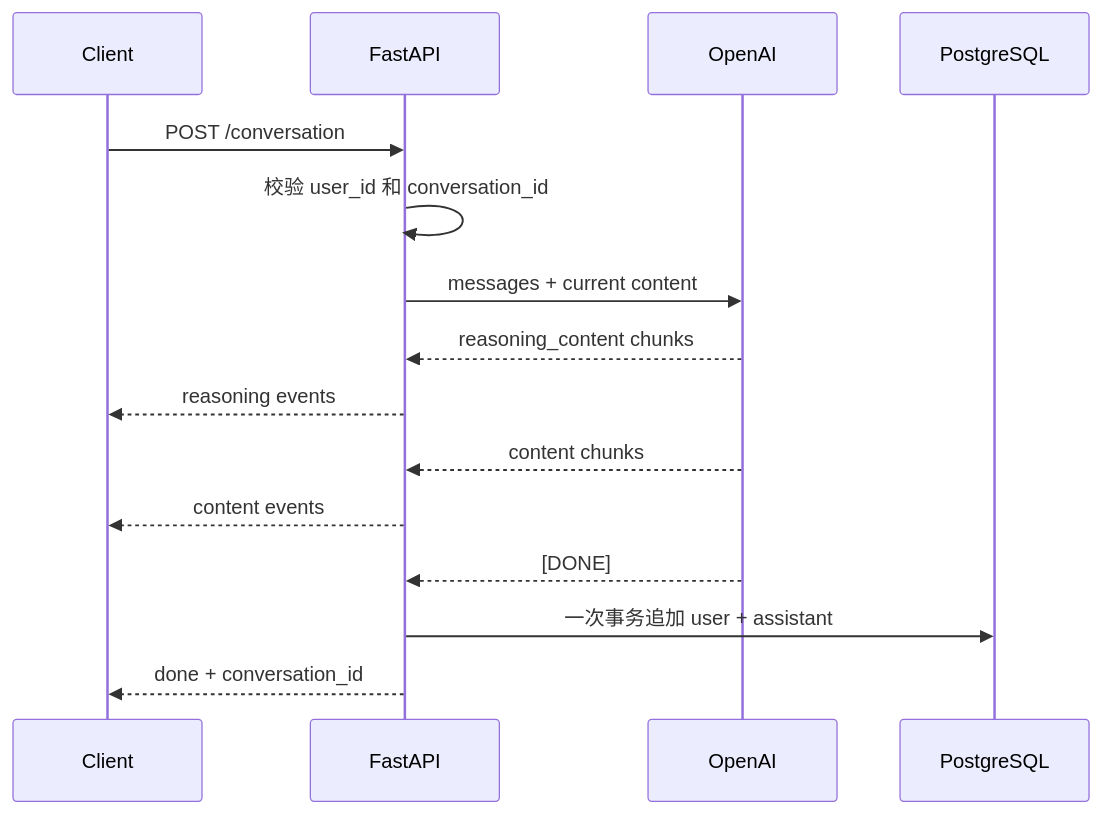
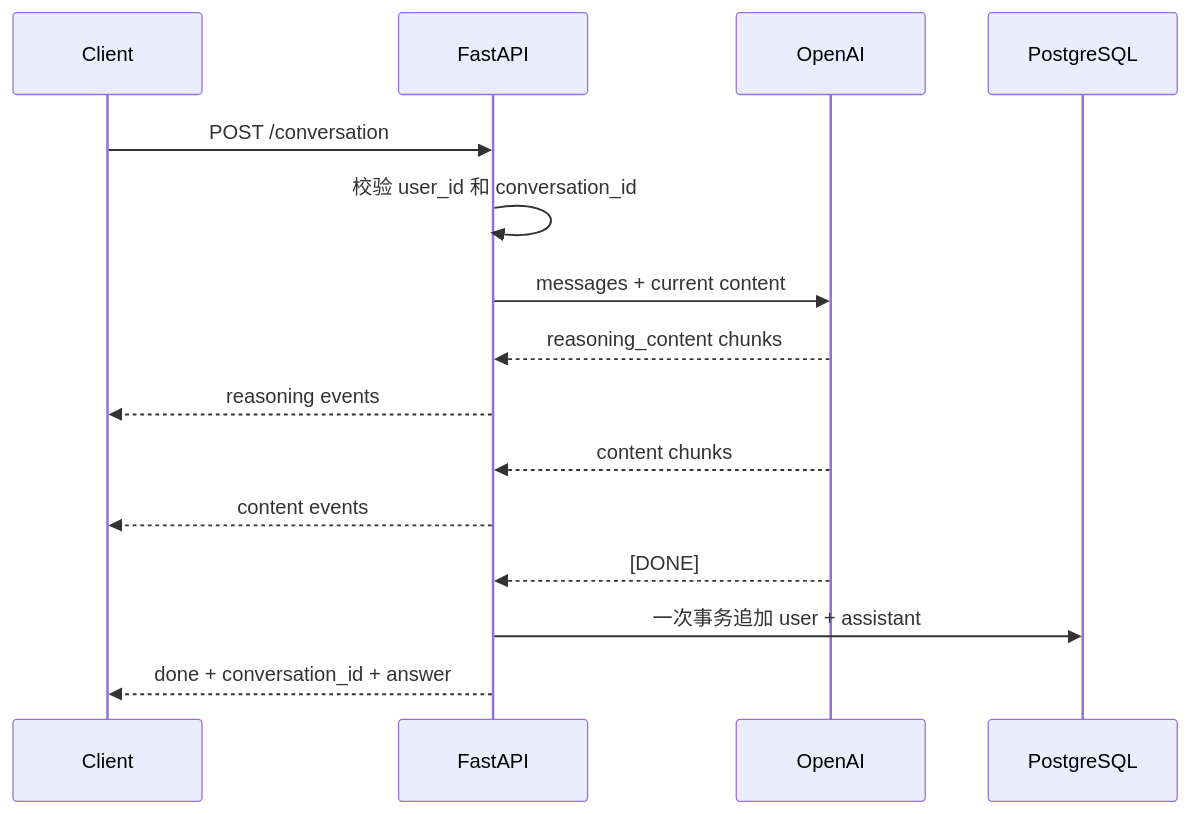
One commit to zuziqiu/python changed the diagram in fastAPI/ARCHITECTURE.md. Above: the diagram before and after it, drawn with Mermaid. The commit also changed other lines of this file and 4 other files, not shown here.

````diff
--- a/fastAPI/ARCHITECTURE.md
+++ b/fastAPI/ARCHITECTURE.md
@@ -88,18 +88,18 @@
 ```mermaid
 sequenceDiagram
     participant Client as Client
     participant API as FastAPI
     participant AI as OpenAI
     participant DB as PostgreSQL
 
     Client->>API: POST /conversation
     API->>API: 校验 user_id 和 conversation_id
     API->>AI: messages + current content
     AI-->>API: reasoning_content chunks
     API-->>Client: reasoning events
     AI-->>API: content chunks
     API-->>Client: content events
     AI-->>API: [DONE]
     API->>DB: 一次事务追加 user + assistant
-    API-->>Client: done + conversation_id
+    API-->>Client: done + conversation_id + answer
 ```
````
